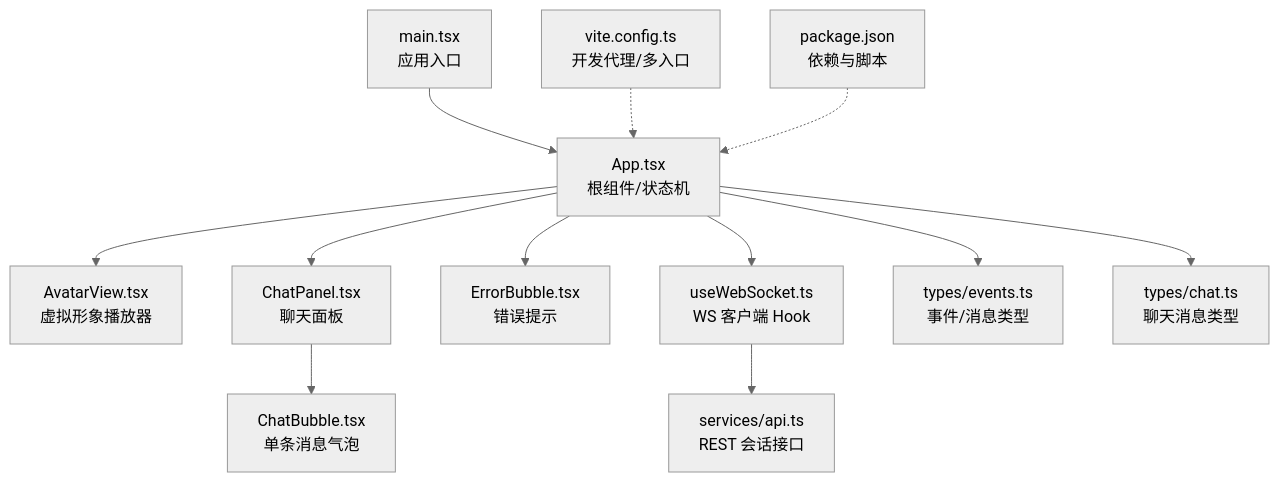
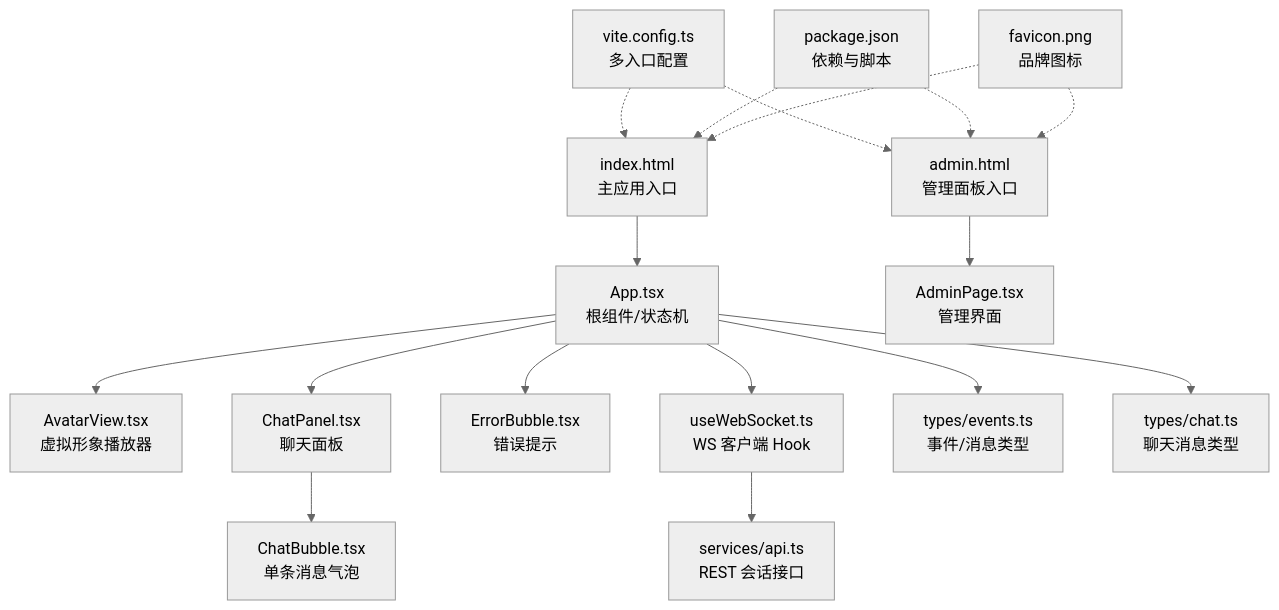
Before and after one commit to leo21cn/real-time-talk: the first of 7 diagrams in .qoder/repowiki/zh/content/前端应用/前端应用.md, drawn with Mermaid (neutral theme). The commit also changed other lines of this file and 46 other files, not shown here.

````diff
--- a/.qoder/repowiki/zh/content/前端应用/前端应用.md
+++ b/.qoder/repowiki/zh/content/前端应用/前端应用.md
@@ -47,14 +62,19 @@
 ```mermaid
 graph TB
-A["main.tsx<br/>应用入口"] --> B["App.tsx<br/>根组件/状态机"]
-B --> C["AvatarView.tsx<br/>虚拟形象播放器"]
-B --> D["ChatPanel.tsx<br/>聊天面板"]
-D --> E["ChatBubble.tsx<br/>单条消息气泡"]
-B --> F["ErrorBubble.tsx<br/>错误提示"]
-B --> G["useWebSocket.ts<br/>WS 客户端 Hook"]
-G --> H["services/api.ts<br/>REST 会话接口"]
-B --> I["types/events.ts<br/>事件/消息类型"]
-B --> J["types/chat.ts<br/>聊天消息类型"]
-K["vite.config.ts<br/>开发代理/多入口"] -.-> B
-L["package.json<br/>依赖与脚本"] -.-> B
+A["index.html<br/>主应用入口"] --> B["App.tsx<br/>根组件/状态机"]
+C["admin.html<br/>管理面板入口"] --> D["AdminPage.tsx<br/>管理界面"]
+B --> E["AvatarView.tsx<br/>虚拟形象播放器"]
+B --> F["ChatPanel.tsx<br/>聊天面板"]
+F --> G["ChatBubble.tsx<br/>单条消息气泡"]
+B --> H["ErrorBubble.tsx<br/>错误提示"]
+B --> I["useWebSocket.ts<br/>WS 客户端 Hook"]
+I --> J["services/api.ts<br/>REST 会话接口"]
+B --> K["types/events.ts<br/>事件/消息类型"]
+B --> L["types/chat.ts<br/>聊天消息类型"]
+M["vite.config.ts<br/>多入口配置"] -.-> A
+M -.-> C
+N["package.json<br/>依赖与脚本"] -.-> A
+N -.-> C
+O["favicon.png<br/>品牌图标"] -.-> A
+O -.-> C
 ```
````
